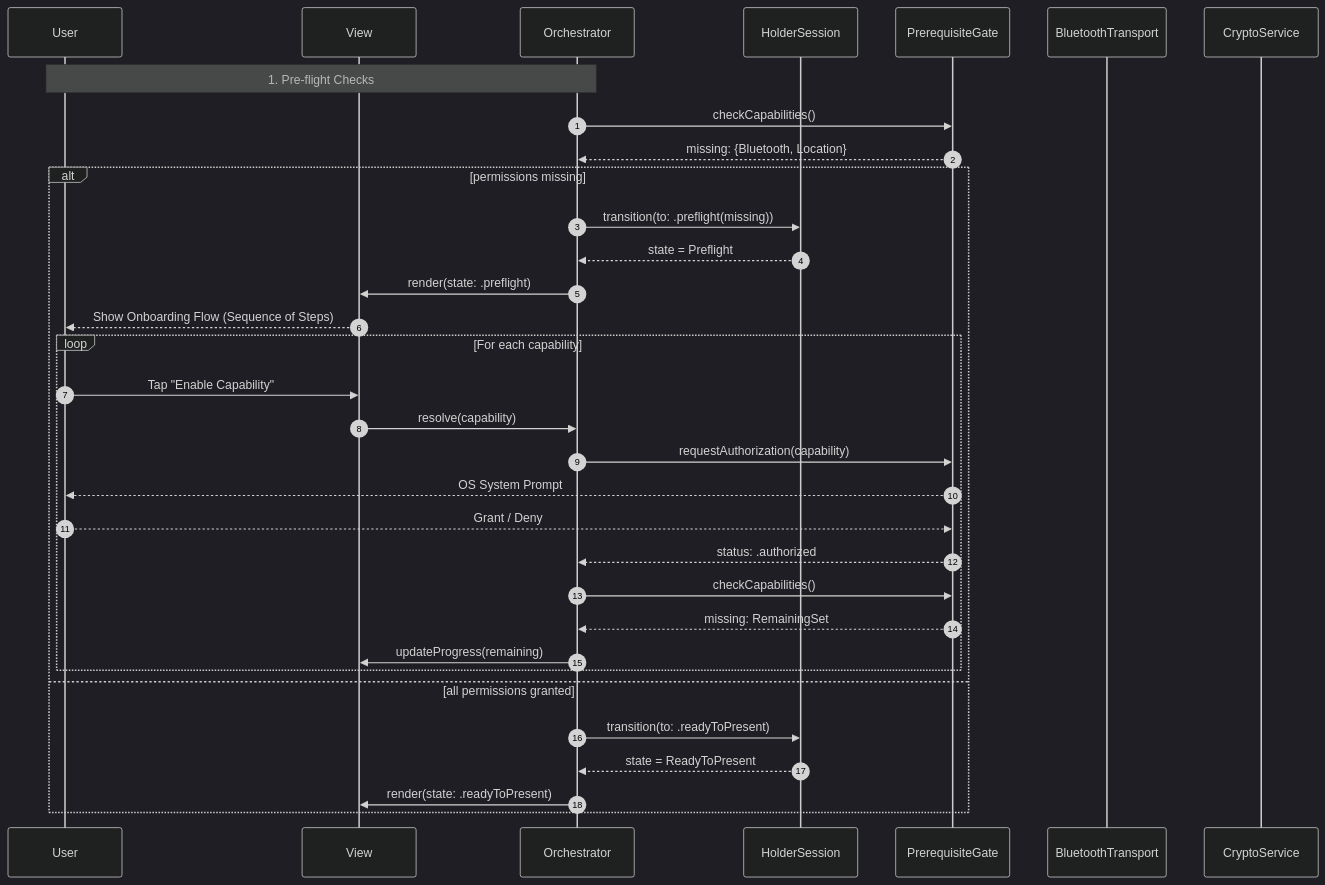
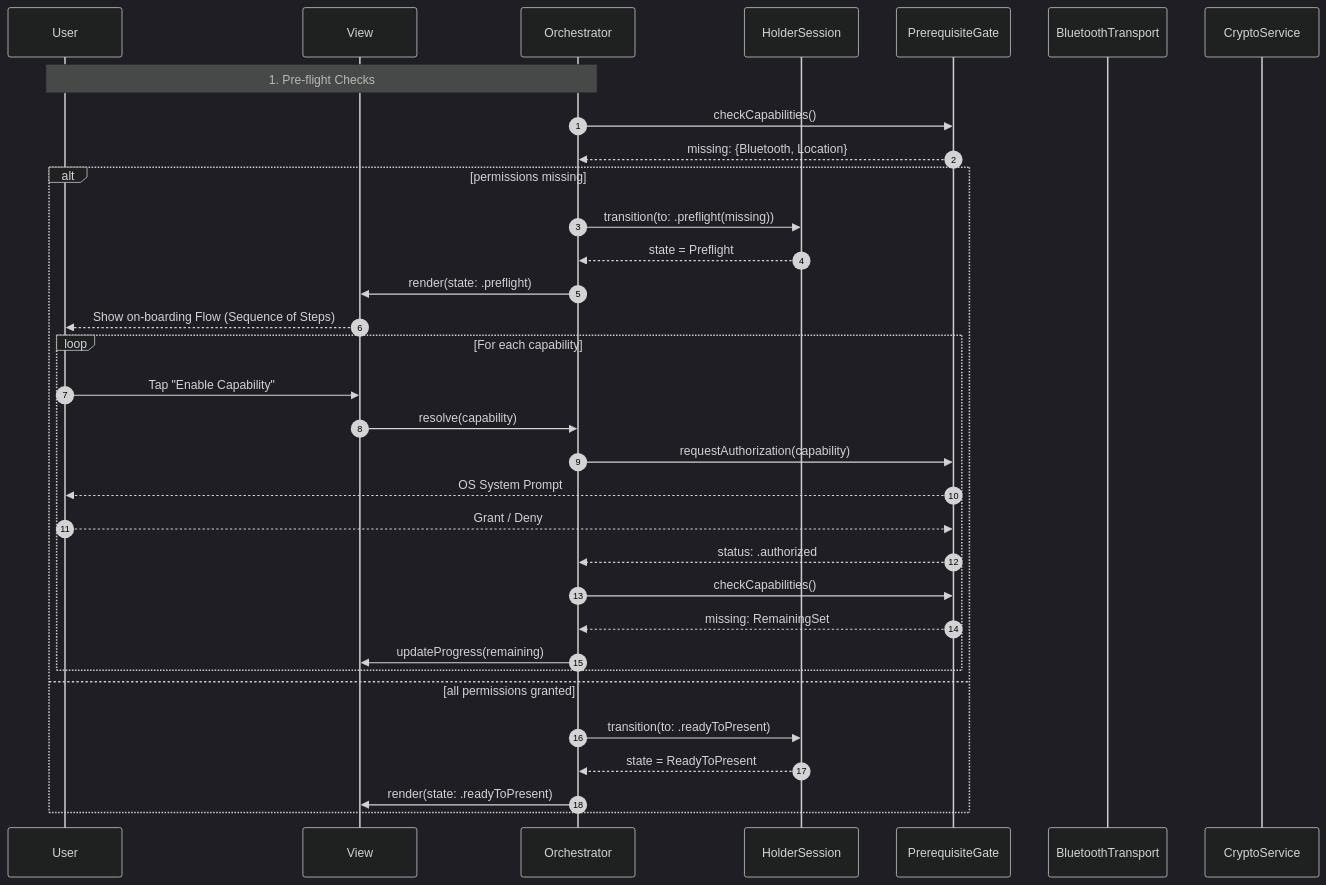
Before and after one commit to govuk-one-login/mobile-credential-sharing-docs: the second of 7 diagrams in holder-solution-architecture.md, drawn with Mermaid (dark theme). The commit also changed other lines of this file and 16 other files, not shown here.

````diff
--- a/holder-solution-architecture.md
+++ b/holder-solution-architecture.md
@@ -123,48 +190,42 @@
 ```mermaid
 sequenceDiagram
     autonumber
-    
     participant User
     participant UI as View
     participant OR as Orchestrator
     participant HS as HolderSession
     participant PG as PrerequisiteGate
     participant BLE as BluetoothTransport
     participant CRY as CryptoService
-
     Note over User, OR: 1. Pre-flight Checks
-
-    %% 1. Batch Check
-    OR->>PG: checkCapabilities()
-    PG-->>OR: missing: {Bluetooth, Location}
+%% 1. Batch Check
+    OR ->> PG: checkCapabilities()
+    PG -->> OR: missing: {Bluetooth, Location}
 
     alt permissions missing
-        OR->>HS: transition(to: .preflight(missing))
-        HS-->>OR: state = Preflight
-        OR->>UI: render(state: .preflight)
-        
-        %% 2. Unified Onboarding
-        UI-->>User: Show Onboarding Flow (Sequence of Steps)
-        
-        %% 3. Sequential Resolution
+        OR ->> HS: transition(to: .preflight(missing))
+        HS -->> OR: state = Preflight
+        OR ->> UI: render(state: .preflight)
+    %% 2. Unified on-boarding
+        UI -->> User: Show on-boarding Flow (Sequence of Steps)
+    %% 3. Sequential Resolution
         loop For each capability
-            User->>UI: Tap "Enable Capability"
-            UI->>OR: resolve(capability)
-            OR->>PG: requestAuthorization(capability)
-            PG-->>User: OS System Prompt
-            User-->>PG: Grant / Deny
-            PG-->>OR: status: .authorized
-            
-            %% Re-check to confirm progress or completion
-            OR->>PG: checkCapabilities()
-            PG-->>OR: missing: RemainingSet
-            OR->>UI: updateProgress(remaining)
+            User ->> UI: Tap "Enable Capability"
+            UI ->> OR: resolve(capability)
+            OR ->> PG: requestAuthorization(capability)
+            PG -->> User: OS System Prompt
+            User -->> PG: Grant / Deny
+            PG -->> OR: status: .authorized
+        %% Re-check to confirm progress or completion
+            OR ->> PG: checkCapabilities()
+            PG -->> OR: missing: RemainingSet
+            OR ->> UI: updateProgress(remaining)
         end
 
     else all permissions granted
-        OR->>HS: transition(to: .readyToPresent)
-        HS-->>OR: state = ReadyToPresent
-        OR->>UI: render(state: .readyToPresent)
+        OR ->> HS: transition(to: .readyToPresent)
+        HS -->> OR: state = ReadyToPresent
+        OR ->> UI: render(state: .readyToPresent)
     end
-    
+
 ```
````
